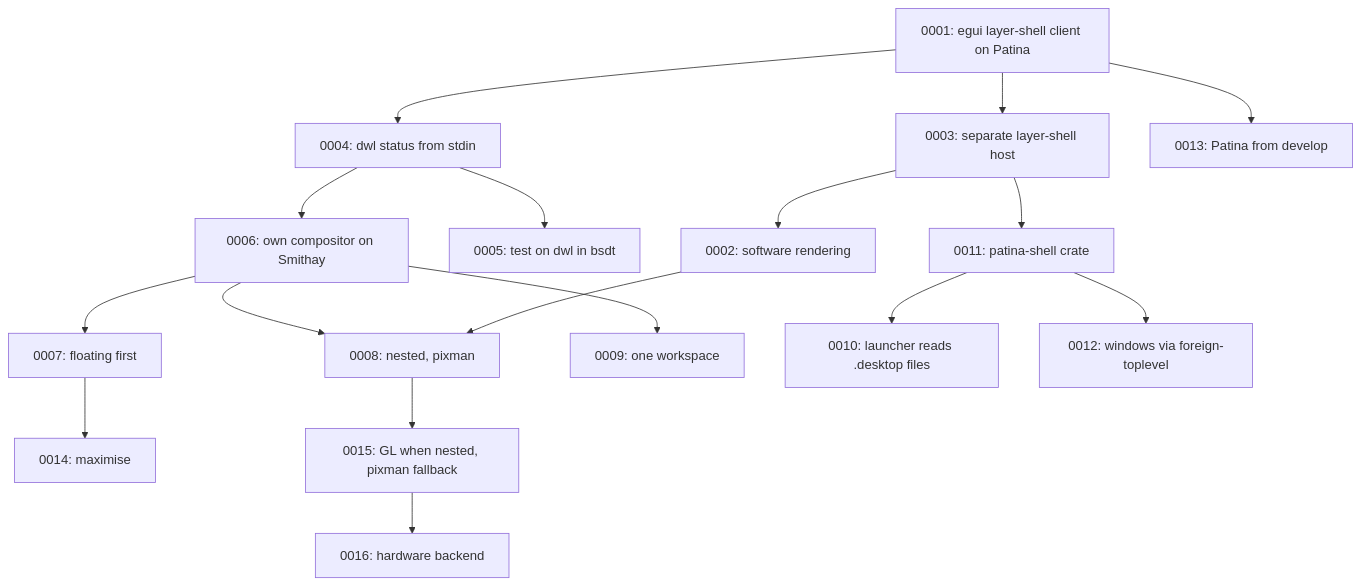
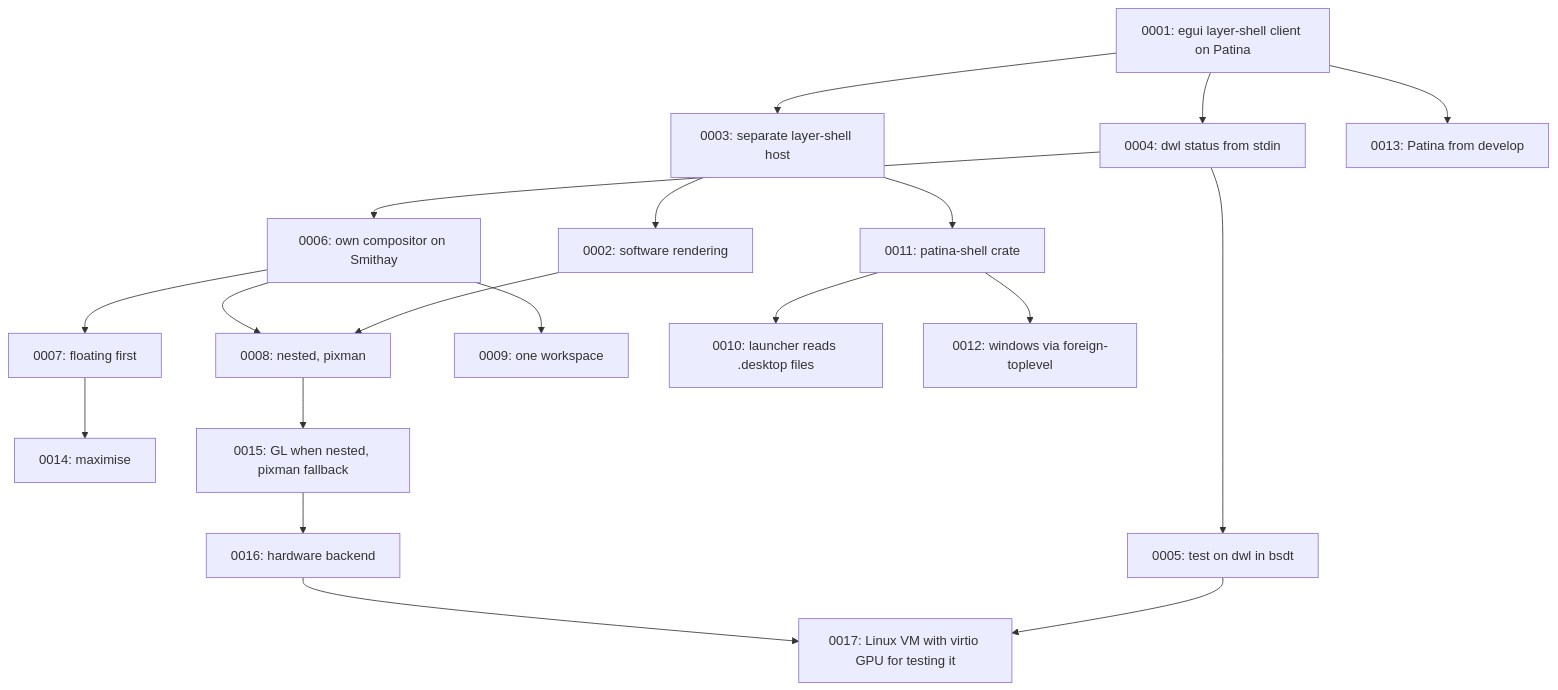
Before and after one commit to Sector-F-Labs/patina-desktop: the diagram in docs/adr/README.md, drawn with Mermaid. The commit also changed other lines of this file and 1 other file, not shown here.

Commit message:
ADR-0017: test the hardware backend in a Linux VM with a virtio GPU

````diff
--- a/docs/adr/README.md
+++ b/docs/adr/README.md
@@ -64,19 +65,21 @@
 ```mermaid
 flowchart TD
     A[0001: egui layer-shell client on Patina] --> B[0003: separate layer-shell host]
     B --> C[0002: software rendering]
     A --> D[0004: dwl status from stdin]
     D --> E[0005: test on dwl in bsdt]
     D --> F[0006: own compositor on Smithay]
     F --> G[0007: floating first]
     G --> N[0014: maximise]
     F --> H[0008: nested, pixman]
     H --> O[0015: GL when nested, pixman fallback]
     O --> P[0016: hardware backend]
+    P --> Q[0017: Linux VM with virtio GPU for testing it]
+    E --> Q
     C --> H
     F --> I[0009: one workspace]
     B --> K[0011: patina-shell crate]
     K --> J[0010: launcher reads .desktop files]
     K --> L[0012: windows via foreign-toplevel]
     A --> M[0013: Patina from develop]
 ```
````
